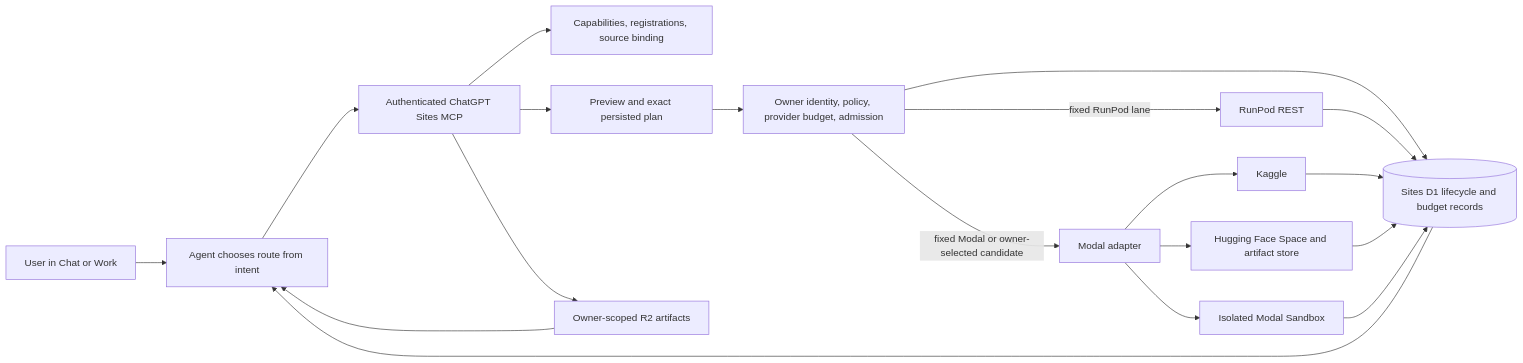
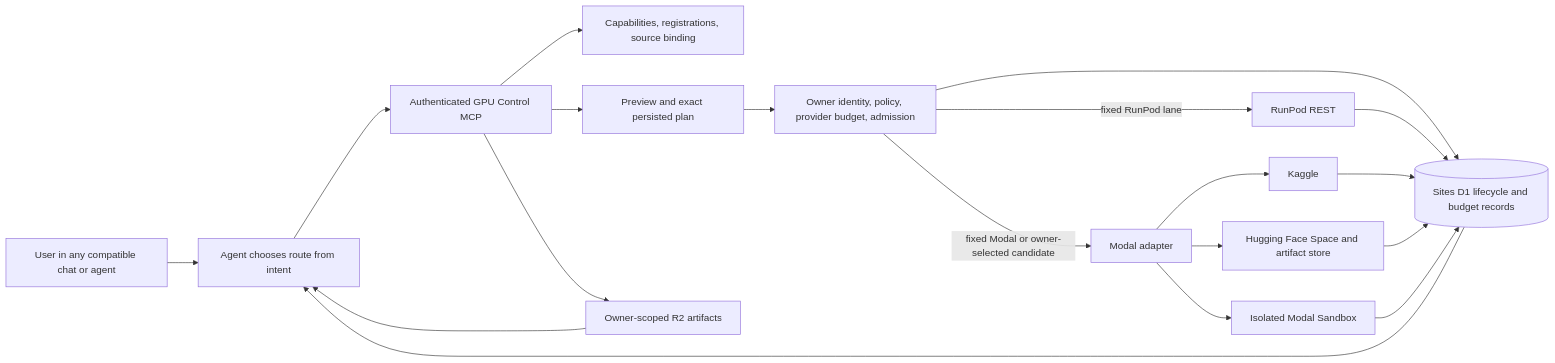
The first of 2 diagrams in docs/architecture/repository-map.md (Unjuno/gpu-control), drawn with Mermaid before and after one commit. The commit also changed other lines of this file and 7 other files, not shown here.

````diff
--- a/docs/architecture/repository-map.md
+++ b/docs/architecture/repository-map.md
@@ -38,21 +39,21 @@
 ```mermaid
 flowchart LR
-  U[User in Chat or Work] --> A[Agent chooses route from intent]
-  A --> M[Authenticated ChatGPT Sites MCP]
+  U[User in any compatible chat or agent] --> A[Agent chooses route from intent]
+  A --> M[Authenticated GPU Control MCP]
   M --> C[Capabilities, registrations, source binding]
   M --> P[Preview and exact persisted plan]
   P --> G[Owner identity, policy, provider budget, admission]
   G --> D[(Sites D1 lifecycle and budget records)]
   G -->|fixed RunPod lane| R[RunPod REST]
   G -->|fixed Modal or owner-selected candidate| MA[Modal adapter]
   MA --> K[Kaggle]
   MA --> H[Hugging Face Space and artifact store]
   MA --> S[Isolated Modal Sandbox]
   M --> O[Owner-scoped R2 artifacts]
   D --> A
   R --> D
   K --> D
   H --> D
   S --> D
   O --> A
 ```
````
